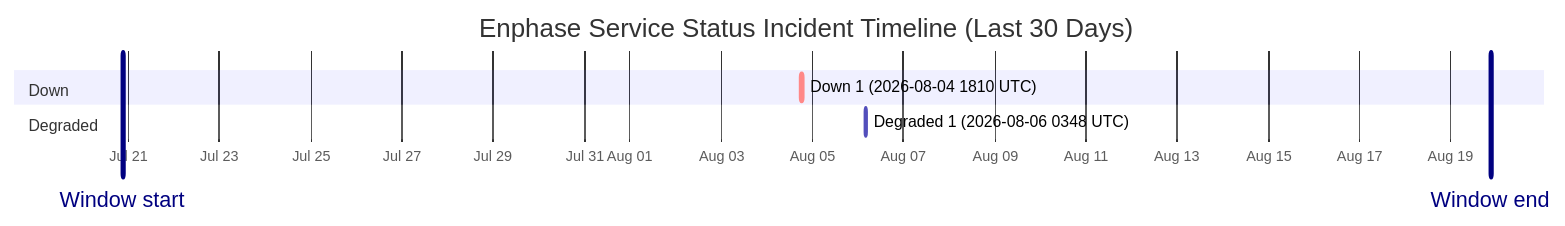
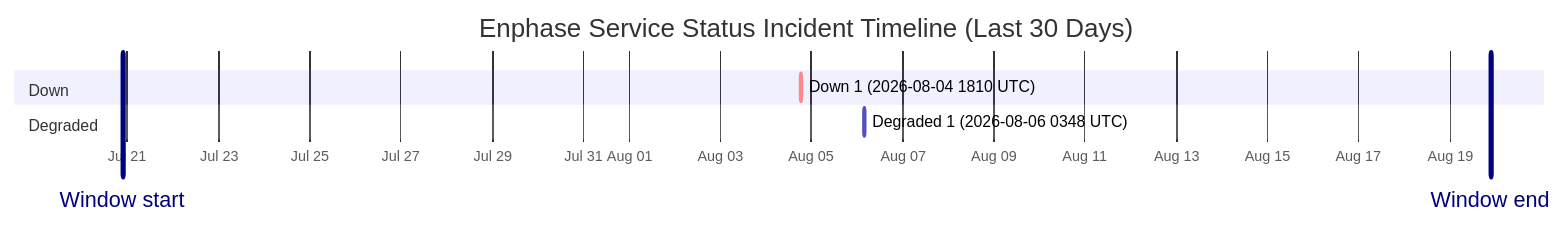
Before and after one commit to barneyonline/ha-enphase-energy: the diagram in wiki/Service-Status-History.md, drawn with Mermaid. The commit also changed other lines of this file and 3 other files, not shown here.

````diff
--- a/wiki/Service-Status-History.md
+++ b/wiki/Service-Status-History.md
@@ -14,12 +14,12 @@
 ```mermaid
 gantt
     title Enphase Service Status Incident Timeline (Last 30 Days)
     dateFormat  YYYY-MM-DDTHH:mm:ss
     axisFormat  %b %d
-    Window start :vert, window-start, 2026-07-20T20:53:22, 0ms
-    Window end :vert, window-end, 2026-08-19T20:53:22, 0ms
+    Window start :vert, window-start, 2026-07-20T21:22:58, 0ms
+    Window end :vert, window-end, 2026-08-19T21:22:58, 0ms
     section Down
     Down 1 (2026-08-04 1810 UTC) :crit, down-1, 2026-08-04T18:10:46, 60m
     section Degraded
     Degraded 1 (2026-08-06 0348 UTC) :active, degraded-1, 2026-08-06T03:48:14, 60m
 ```
````
